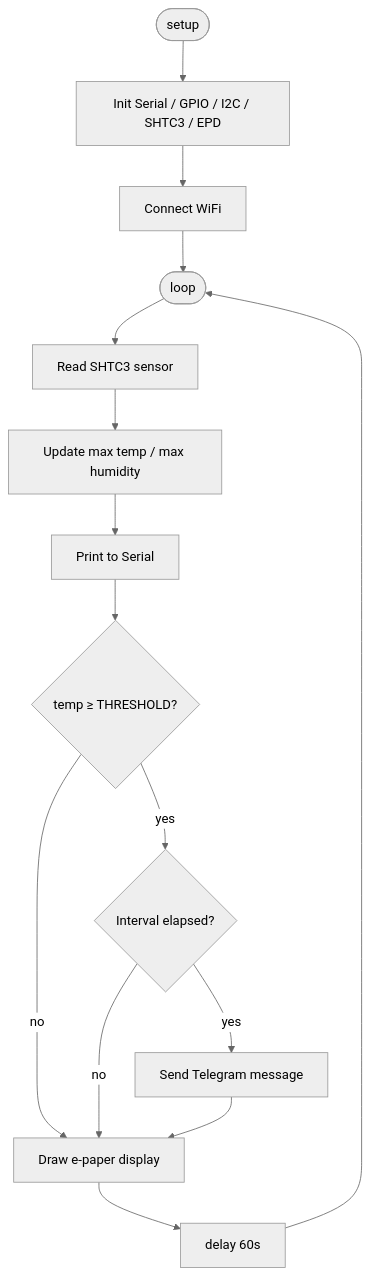
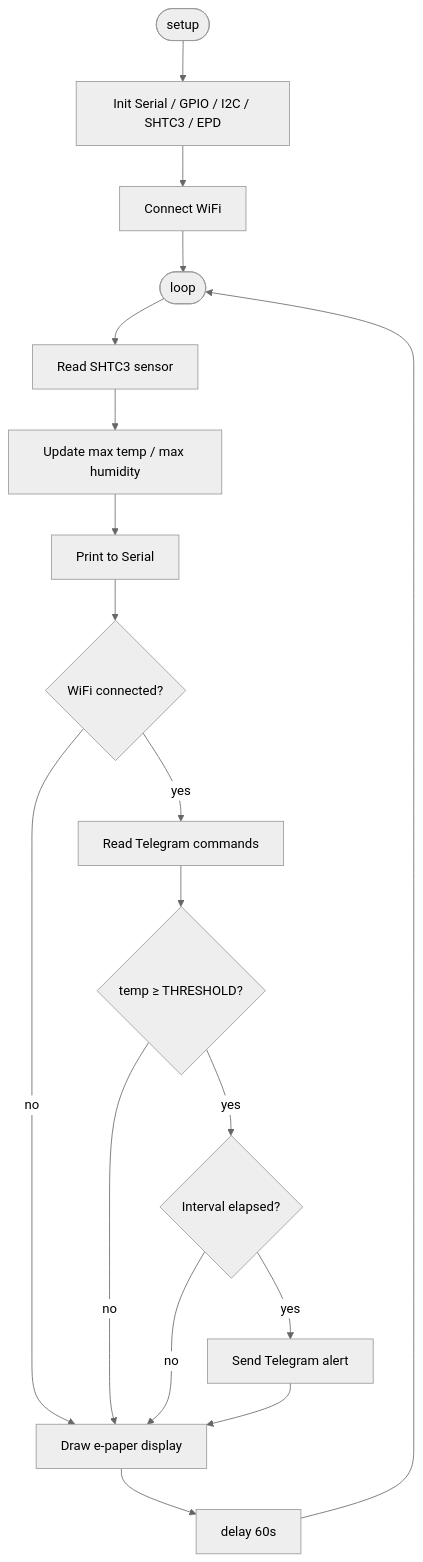
Before and after one commit to AlessandroLorenzi/hot-dog-2: the first of 2 diagrams in README.md, drawn with Mermaid (neutral theme). The commit also changed other lines of this file, not shown here.

Commit message:
Update flowchart and add sequence diagram to README

````diff
--- a/README.md
+++ b/README.md
@@ -41,17 +41,20 @@
 ```mermaid
 flowchart TD
     A([setup]) --> B[Init Serial / GPIO / I2C / SHTC3 / EPD]
     B --> W[Connect WiFi]
     W --> C([loop])
     C --> E[Read SHTC3 sensor]
     E --> F[Update max temp / max humidity]
     F --> K[Print to Serial]
-    K --> H{temp ≥ THRESHOLD?}
+    K --> WF{WiFi connected?}
+    WF -- no  --> N
+    WF -- yes --> CMD[Read Telegram commands]
+    CMD --> H{temp ≥ THRESHOLD?}
     H -- no  --> N
     H -- yes --> L{Interval elapsed?}
     L -- no  --> N
-    L -- yes --> M[Send Telegram message]
+    L -- yes --> M[Send Telegram alert]
     M --> N[Draw e-paper display]
     N --> P[delay 60s]
     P --> C
 ```
````
